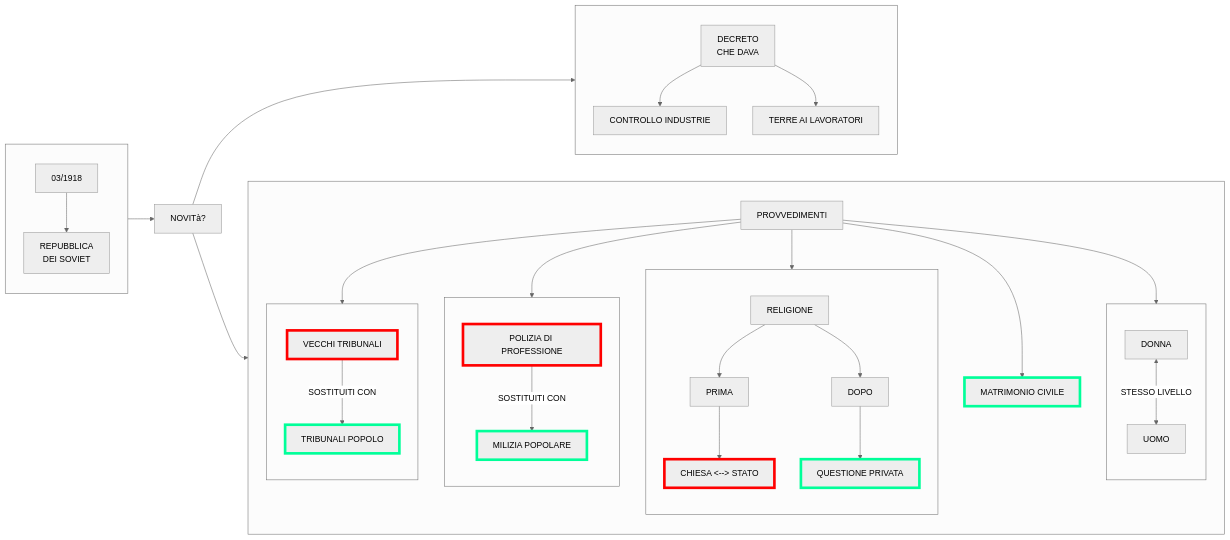
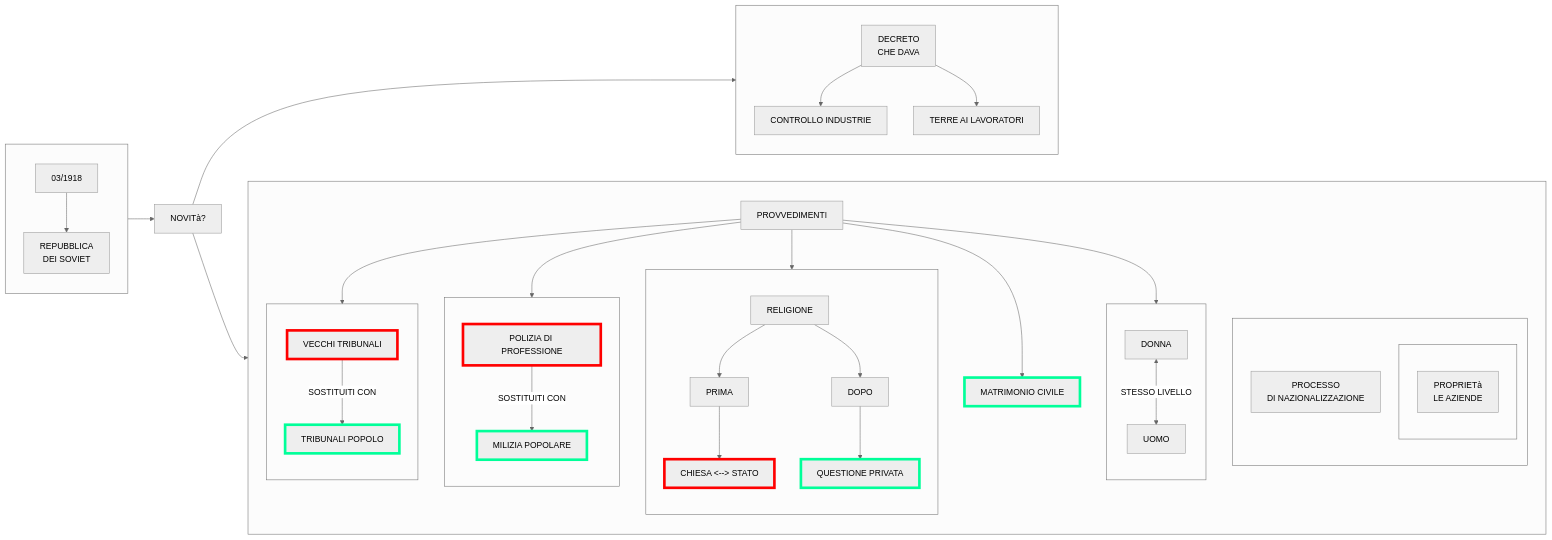
Before and after one commit to Laaouatni/ricerca-storia-MermaidJS: the fourth of 4 diagrams in stalinismo.md, drawn with Mermaid (neutral theme).

Commit message:
Add nationalization process and property nodes to flowchart

````diff
--- a/stalinismo.md
+++ b/stalinismo.md
@@ -118,53 +118,59 @@
 ```mermaid
 flowchart LR
     subgraph 0[" "]
         00[03/1918] -->
         000[REPUBBLICA <br> DEI SOVIET]
     end
     01[NOVITà?]
     subgraph 013[" "]
         direction TB;
         010[DECRETO <br> CHE DAVA]
         011[CONTROLLO INDUSTRIE]
         012[TERRE AI LAVORATORI]
         010 --> 011 & 012
     end
     subgraph 014[" "]
         1[PROVVEDIMENTI]
         subgraph 10[" "]
             100[VECCHI TRIBUNALI]
             style 100 stroke:#ff0000, stroke-width:5px;
             101[TRIBUNALI POPOLO]
             style 101 stroke:#00ff99, stroke-width:5px;
             100 -->|SOSTITUITI CON| 101
         end
         subgraph 11[" "]
             110[POLIZIA DI PROFESSIONE]
             style 110 stroke:#ff0000, stroke-width:5px;
             111[MILIZIA POPOLARE]
             style 111 stroke:#00ff99, stroke-width:5px;
             110 -->|SOSTITUITI CON| 111
         end
         subgraph 12[" "]
             120[RELIGIONE]
             1200[PRIMA]
             12000[CHIESA <--> STATO]
             style 12000 stroke:#ff0000, stroke-width:5px;
             1201[DOPO]
             12010[QUESTIONE PRIVATA]
             style 12010 stroke:#00ff99, stroke-width:5px;
             120 --> 1200 & 1201
             1201 --> 12010
             1200 --> 12000
         end
         13[MATRIMONIO CIVILE]
         style 13 stroke:#00ff99, stroke-width:5px;
         subgraph 14[" "]
             140[DONNA]
             141[UOMO]
             140 <-->|STESSO LIVELLO| 141
         end
+        subgraph 15[" "]
+            150[PROCESSO <br> DI NAZIONALIZZAZIONE]
+            subgraph 151[" "]
+                1510[PROPRIETà <BR> LE AZIENDE]
+            end
+        end
         1 --> 10 & 11 & 12 & 13 & 14
     end
     0 --> 01 --> 013 & 014
 ```
````
